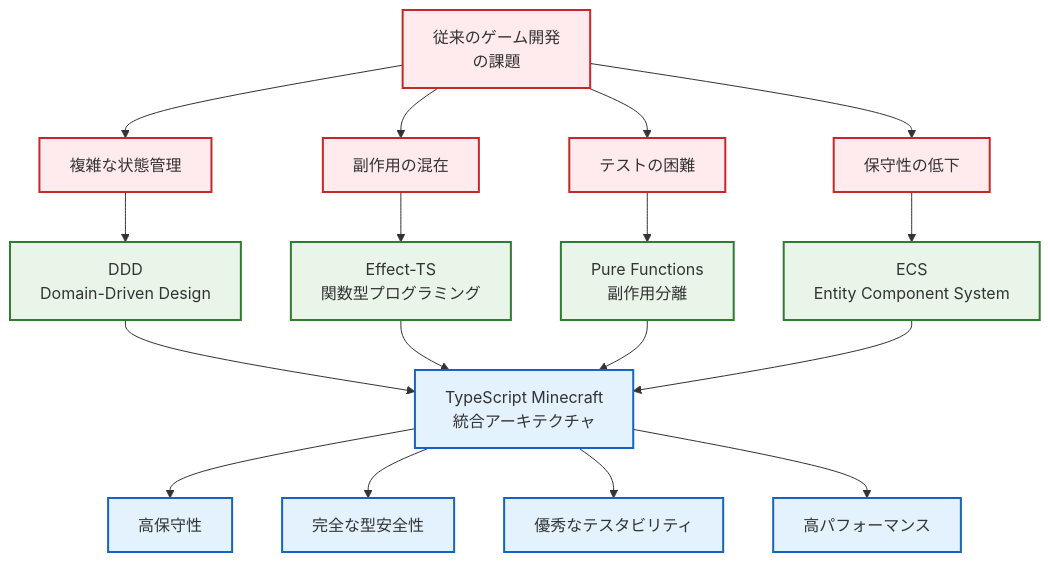
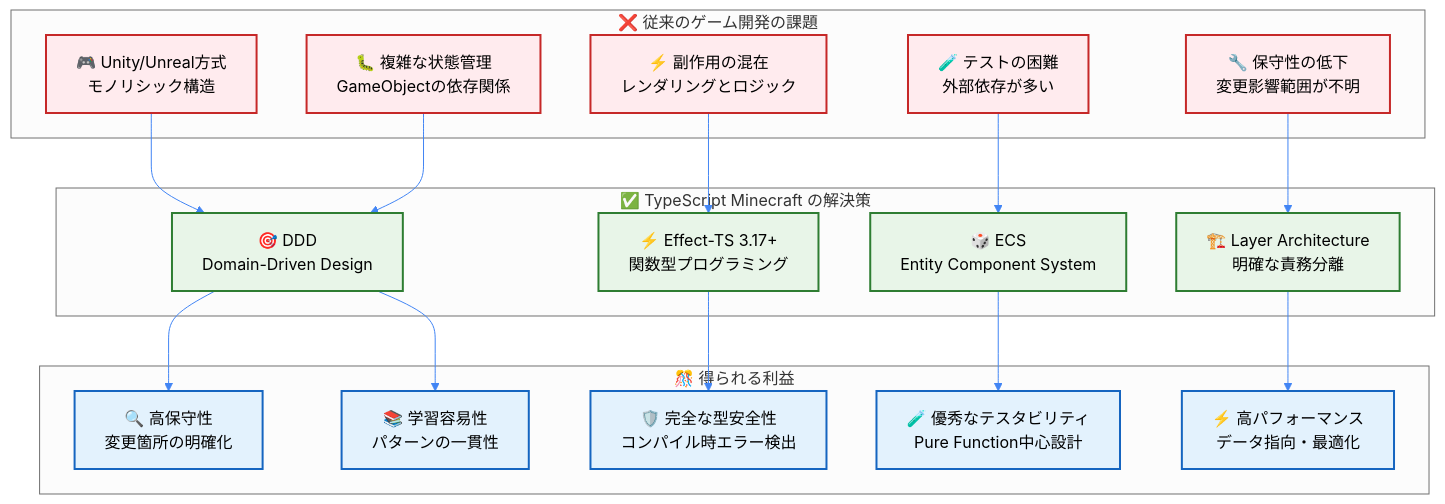
Before and after one commit to takeokunn/ts-minecraft: the first of 5 diagrams in docs/00-quickstart/02-architecture-overview.md, drawn with Mermaid. The commit also changed other lines of this file and 106 other files, not shown here.

````diff
--- a/docs/00-quickstart/02-architecture-overview.md
+++ b/docs/00-quickstart/02-architecture-overview.md
@@ -32,30 +45,46 @@
 ```mermaid
+%%{init: {"theme": "neutral", "themeVariables": {"primaryColor": "#4285f4", "primaryTextColor": "#ffffff", "primaryBorderColor": "#ffffff", "lineColor": "#4285f4", "sectionBkgColor": "#f5f7fa", "tertiaryColor": "#f5f7fa"}}}%%
 graph TD
-    A[従来のゲーム開発<br/>の課題] --> B[複雑な状態管理]
-    A --> C[副作用の混在]
-    A --> D[テストの困難]
-    A --> E[保守性の低下]
+    subgraph "❌ 従来のゲーム開発の課題"
+        A1[🎮 Unity/Unreal方式<br/>モノリシック構造]
+        A2[🐛 複雑な状態管理<br/>GameObjectの依存関係]
+        A3[⚡ 副作用の混在<br/>レンダリングとロジック]
+        A4[🧪 テストの困難<br/>外部依存が多い]
+        A5[🔧 保守性の低下<br/>変更影響範囲が不明]
+    end
 
-    B --> F[DDD<br/>Domain-Driven Design]
-    C --> G[Effect-TS<br/>関数型プログラミング]
-    D --> H[Pure Functions<br/>副作用分離]
-    E --> I[ECS<br/>Entity Component System]
+    subgraph "✅ TypeScript Minecraft の解決策"
+        B1[🎯 DDD<br/>Domain-Driven Design]
+        B2[⚡ Effect-TS 3.17+<br/>関数型プログラミング]
+        B3[🎲 ECS<br/>Entity Component System]
+        B4[🏗️ Layer Architecture<br/>明確な責務分離]
+    end
 
-    F --> J[TypeScript Minecraft<br/>統合アーキテクチャ]
-    G --> J
-    H --> J
-    I --> J
+    subgraph "🎊 得られる利益"
+        C1[🔍 高保守性<br/>変更箇所の明確化]
+        C2[🛡️ 完全な型安全性<br/>コンパイル時エラー検出]
+        C3[🧪 優秀なテスタビリティ<br/>Pure Function中心設計]
+        C4[⚡ 高パフォーマンス<br/>データ指向・最適化]
+        C5[📚 学習容易性<br/>パターンの一貫性]
+    end
 
-    J --> K[高保守性]
-    J --> L[完全な型安全性]
-    J --> M[優秀なテスタビリティ]
-    J --> N[高パフォーマンス]
+    A1 --> B1
+    A2 --> B1
+    A3 --> B2
+    A4 --> B3
+    A5 --> B4
 
-    classDef problem fill:#ffebee,stroke:#c62828,stroke-width:2px
-    classDef solution fill:#e8f5e8,stroke:#2e7d32,stroke-width:2px
-    classDef result fill:#e3f2fd,stroke:#1565c0,stroke-width:2px
+    B1 --> C1
+    B2 --> C2
+    B3 --> C3
+    B4 --> C4
+    B1 --> C5
 
-    class A,B,C,D,E problem
-    class F,G,H,I solution
-    class J,K,L,M,N result
+    classDef problem fill:#ffebee,stroke:#c62828,stroke-width:2px,color:#000
+    classDef solution fill:#e8f5e8,stroke:#2e7d32,stroke-width:2px,color:#000
+    classDef benefit fill:#e3f2fd,stroke:#1565c0,stroke-width:2px,color:#000
+
+    class A1,A2,A3,A4,A5 problem
+    class B1,B2,B3,B4 solution
+    class C1,C2,C3,C4,C5 benefit
 ```
````
